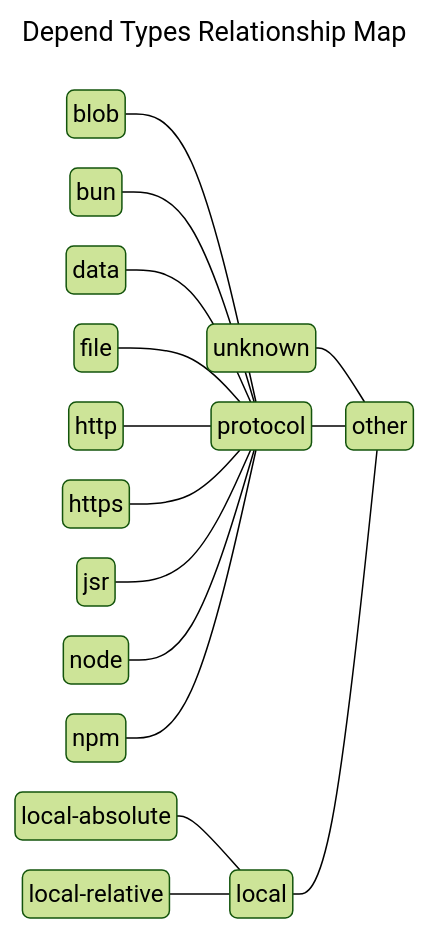
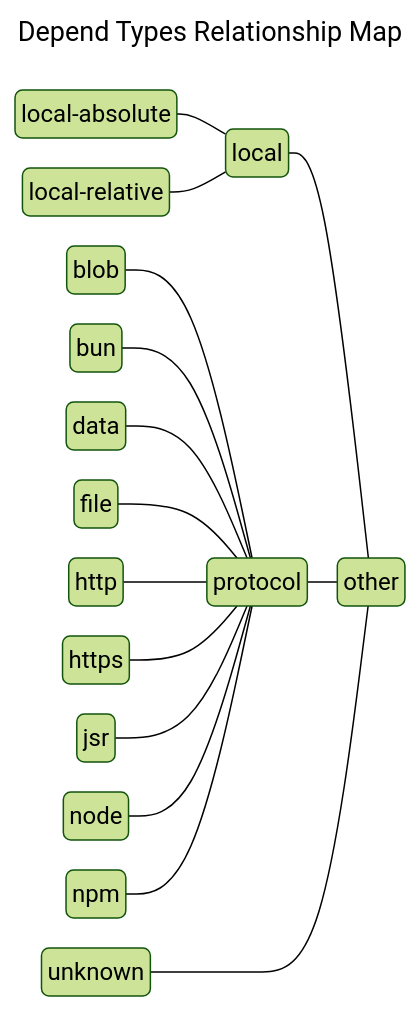
The diagram in _rules/sort_depends.md (hugoalh/deno-lint-rules), drawn with Mermaid (forest theme) before and after one commit.

````diff
--- a/_rules/sort_depends.md
+++ b/_rules/sort_depends.md
@@ -35,29 +35,29 @@
 ```mermaid
 ---
 title: Depend Types Relationship Map
 ---
 %%{
   init: {
     'flowchart': {
       'nodeSpacing': 20,
       'padding': 4,
       'rankSpacing': 20
     }
   }
 }%%
 flowchart RL
-  other(other) --- unknown(unknown)
-  other --- protocol(protocol)
   other --- local(local)
   local --- local-absolute(local-absolute)
   local --- local-relative(local-relative)
+  other --- protocol(protocol)
   protocol --- blob(blob)
   protocol --- bun(bun)
   protocol --- data(data)
   protocol --- file(file)
   protocol --- http(http)
   protocol --- https(https)
   protocol --- jsr(jsr)
   protocol --- node(node)
   protocol --- npm(npm)
+  other(other) ---- unknown(unknown)
 ```
````
